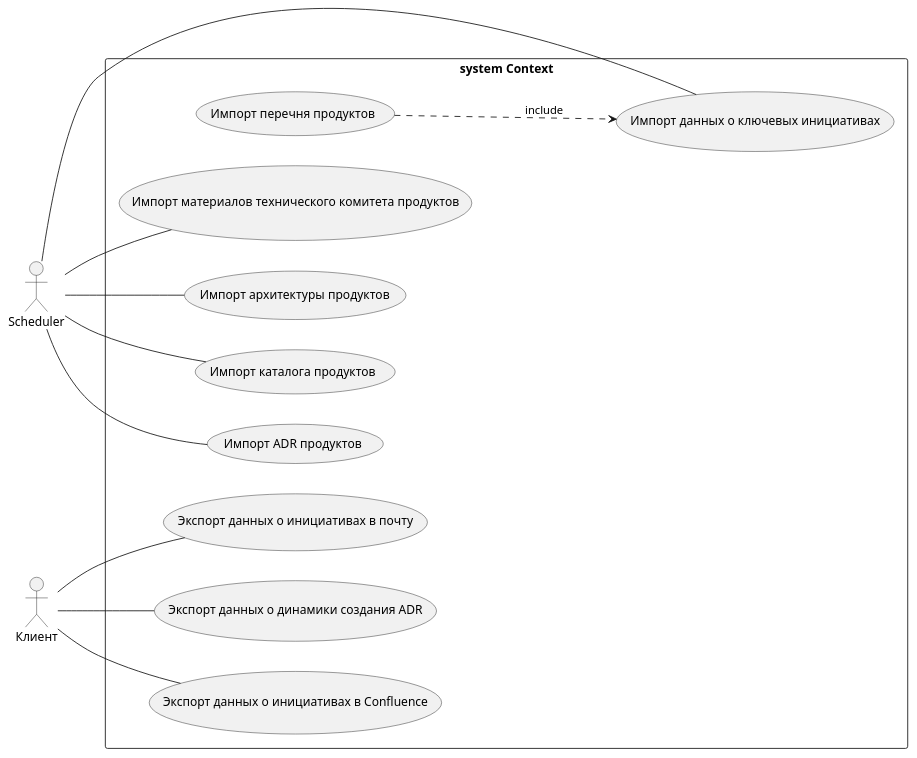
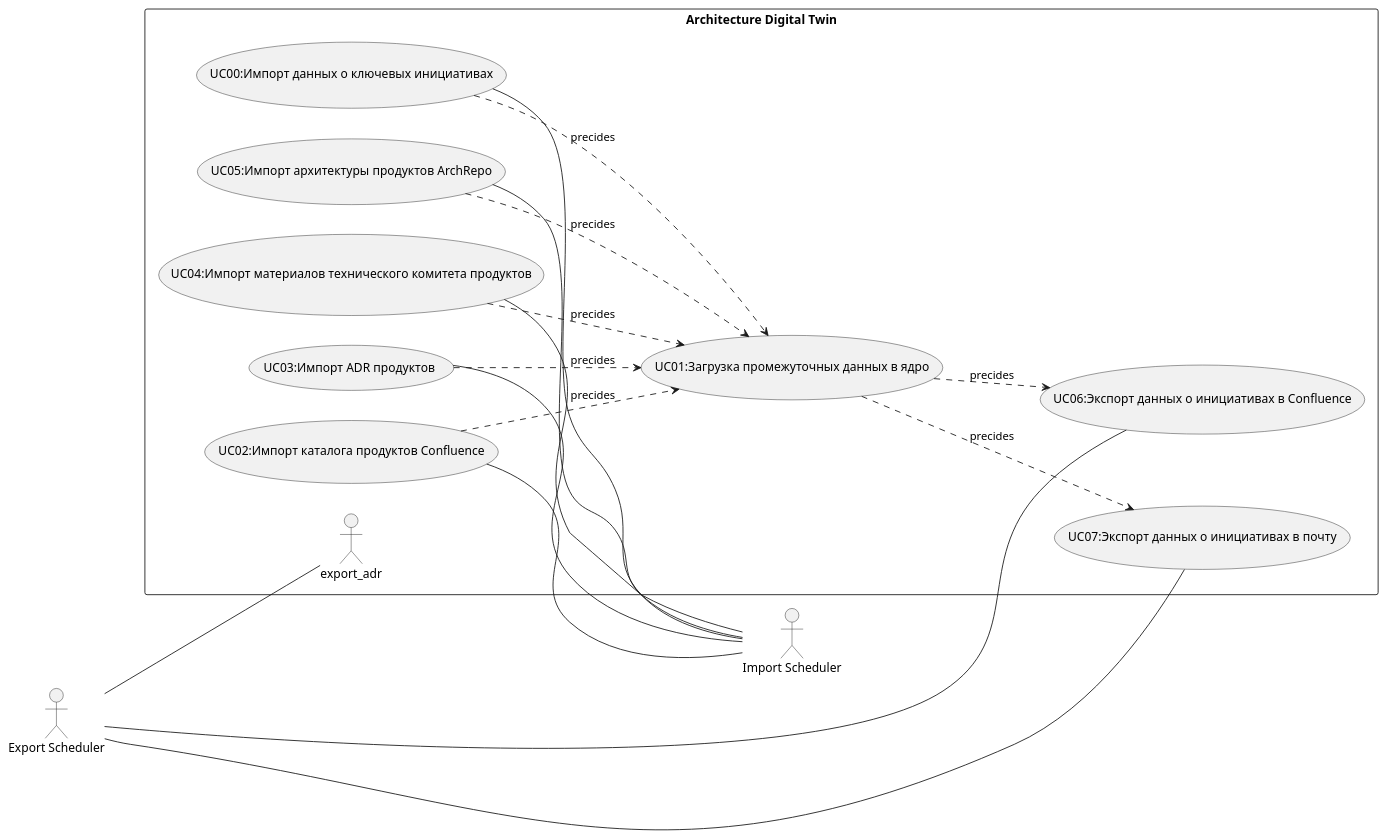
The diagram in architecture/1 UseCases/usecases.md (DVDemon/adt), drawn with PlantUML before and after one commit. The commit also changed 32 other files, not shown here.

````diff
--- a/architecture/1 UseCases/usecases.md
+++ b/architecture/1 UseCases/usecases.md
@@ -3,33 +3,39 @@
 ```plantuml
 @startuml
 left to right direction
 
-"Scheduler" as scheduler
-"Клиент" as client
+"Import Scheduler" as import_scheduler
+"Export Scheduler" as export_scheduler
 
-rectangle "system Context" as EDT {
-    (Импорт данных о ключевых инициативах) as import_jira
-    (Импорт перечня продуктов) as import_jira_product
-    (Импорт каталога продуктов) as import_cnf_product
-    (Импорт ADR продуктов) as import_adr
-    (Импорт материалов технического комитета продуктов) as import_tk
-    (Импорт архитектуры продуктов) as import_arch
+rectangle "Architecture Digital Twin" as EDT {
+    (UC00:Импорт данных о ключевых инициативах) as import_jira
+    (UC02:Импорт каталога продуктов Confluence) as import_cnf_product
+    (UC03:Импорт ADR продуктов) as import_adr
+    (UC04:Импорт материалов технического комитета продуктов) as import_tk
+    (UC05:Импорт архитектуры продуктов ArchRepo) as import_arch
+    (UC01:Загрузка промежуточных данных в ядро) as load_core
+    (UC06:Экспорт данных о инициативах в Confluence) as export_conf
+    (UC07:Экспорт данных о инициативах в почту) as export_mail
 
-    (Экспорт данных о инициативах в Confluence) as export_conf
-    (Экспорт данных о инициативах в почту) as export_mail
-    (Экспорт данных о динамики создания ADR) as export_adr
 
-    scheduler -- import_jira
-    import_jira_product ...> import_jira : include
+    import_scheduler -u- import_jira
+    import_scheduler -u- import_cnf_product
+    import_scheduler -u- import_adr
+    import_scheduler -u- import_tk
+    import_scheduler -u- import_arch
 
-    scheduler -- import_cnf_product
-    scheduler -- import_adr
-    scheduler -- import_tk
-    scheduler -- import_arch
+    export_scheduler -- export_conf
+    export_scheduler -- export_mail
+    export_scheduler -- export_adr
 
-    client -- export_conf
-    client -- export_mail
-    client -- export_adr
+    import_jira  ..> load_core : precides
+    import_adr ..> load_core: precides
+    import_tk ..> load_core: precides
+    import_arch ..> load_core: precides
+    import_cnf_product ..> load_core : precides
+
+    load_core ..> export_conf : precides
+    load_core ..> export_mail : precides
 }
 @enduml
 ```
````
